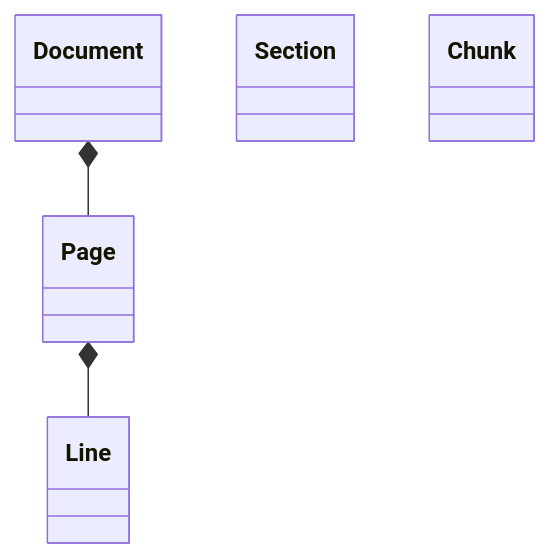
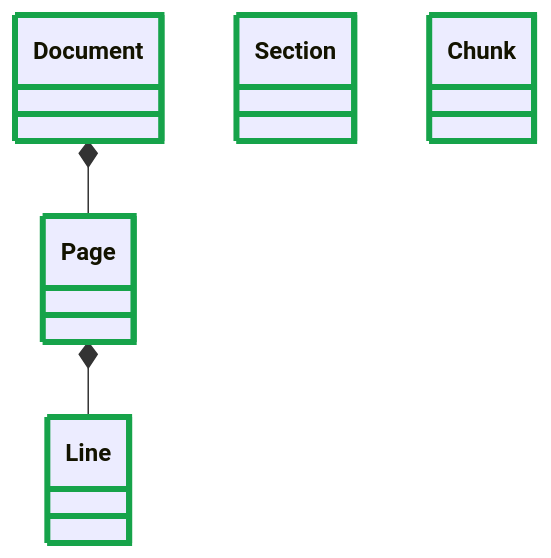
One commit to SzatanKluska/MCPSWEBOK changed the eighth of 19 diagrams in docs/architecture/system-class-diagram.md. Above: the diagram before and after it, drawn with Mermaid. The commit also changed other lines of this file and 2 other files, not shown here.

Commit message:
update system-class-diagram

````diff
--- a/docs/architecture/system-class-diagram.md
+++ b/docs/architecture/system-class-diagram.md
@@ -208,11 +347,16 @@
 ```mermaid
 classDiagram
   class Document
   class Section
   class Chunk
   class Page
   class Line
 
   Document *-- Page
   Page *-- Line
+  style Document stroke:#16A34A,stroke-width:4px
+  style Section stroke:#16A34A,stroke-width:4px
+  style Chunk stroke:#16A34A,stroke-width:4px
+  style Page stroke:#16A34A,stroke-width:4px
+  style Line stroke:#16A34A,stroke-width:4px
 ```
````
